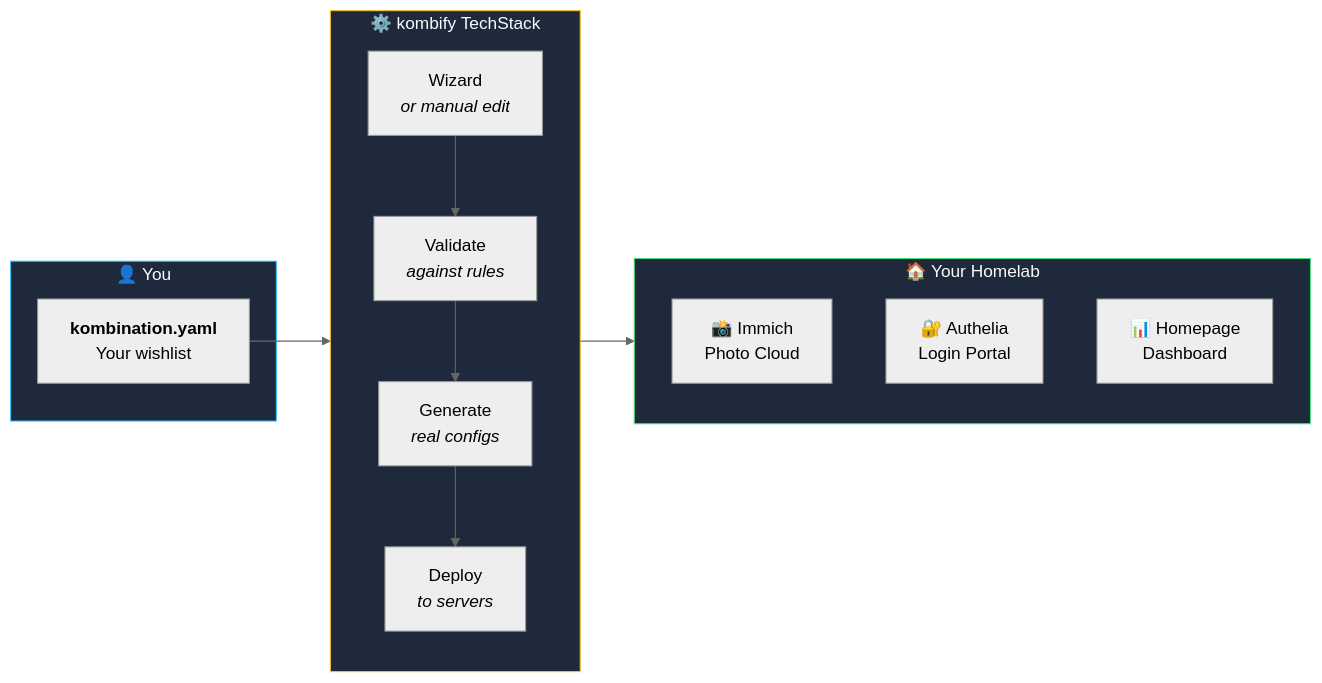
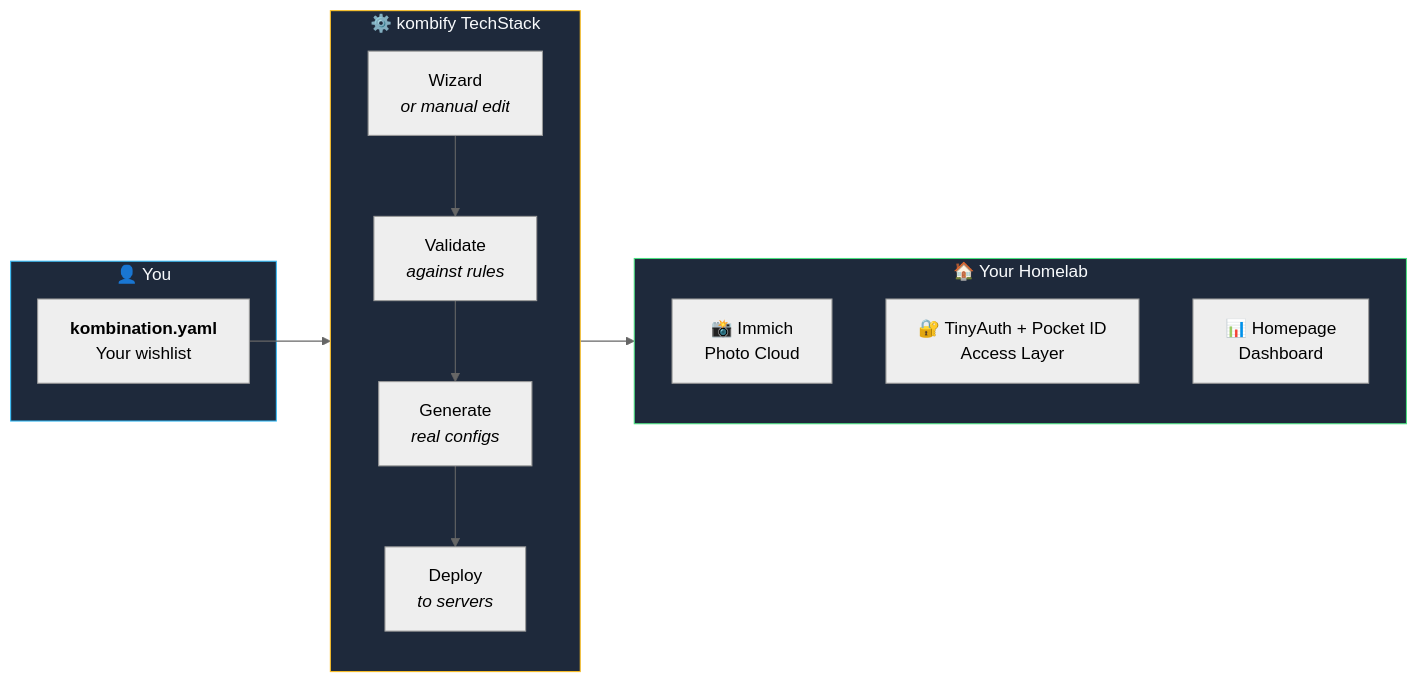
The first of 5 diagrams in stack/overview.mdx (KombiverseLabs/docs), drawn with Mermaid (neutral theme) before and after one commit. The commit also changed other lines of this file and 63 other files, not shown here.

````diff
--- a/stack/overview.mdx
+++ b/stack/overview.mdx
@@ -56,29 +61,29 @@
 ```mermaid
 flowchart LR
     subgraph You["👤 You"]
         YAML["<b>kombination.yaml</b><br/>Your wishlist"]
     end
 
     subgraph Stack["⚙️ kombify TechStack"]
         direction TB
         Wizard["Wizard<br/><i>or manual edit</i>"]
         Validate["Validate<br/><i>against rules</i>"]
         Generate["Generate<br/><i>real configs</i>"]
         Deploy["Deploy<br/><i>to servers</i>"]
         
         Wizard --> Validate --> Generate --> Deploy
     end
 
     subgraph Result["🏠 Your Homelab"]
         S1["📸 Immich<br/>Photo Cloud"]
-        S2["🔐 Authelia<br/>Login Portal"]
+      S2["🔐 TinyAuth + Pocket ID<br/>Access Layer"]
         S3["📊 Homepage<br/>Dashboard"]
     end
 
     YAML --> Wizard
     Deploy --> Result
 
     style You fill:#1e293b,stroke:#38bdf8,color:#f8fafc
     style Stack fill:#1e293b,stroke:#fbbf24,color:#f8fafc
     style Result fill:#1e293b,stroke:#4ade80,color:#f8fafc
 ```
````
